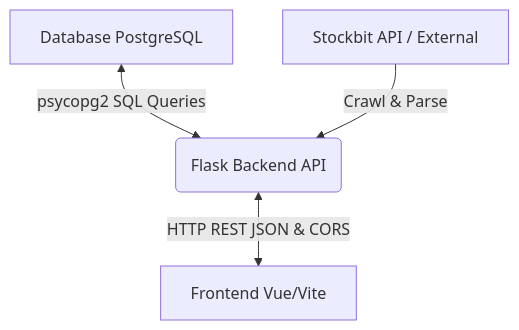
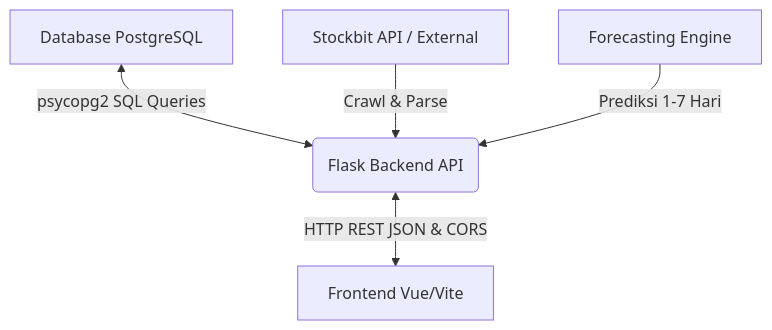
Before and after one commit to internSIGMA/stockVision: the diagram in backend/INTEGRATION_GUIDE.md, drawn with Mermaid. The commit also changed other lines of this file and 4 other files, not shown here.

````diff
--- a/backend/INTEGRATION_GUIDE.md
+++ b/backend/INTEGRATION_GUIDE.md
@@ -158,6 +124,7 @@
 ```mermaid
 graph TD
     A[Database PostgreSQL] <-->|psycopg2 SQL Queries| B(Flask Backend API)
     B <-->|HTTP REST JSON & CORS| C[Frontend Vue/Vite]
     D[Stockbit API / External] -->|Crawl & Parse| B
+    E[Forecasting Engine] -->|Prediksi 1-7 Hari| B
 ```
````
